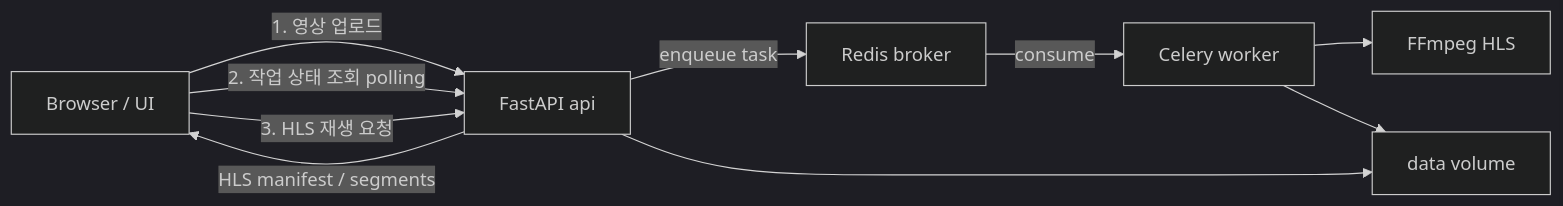
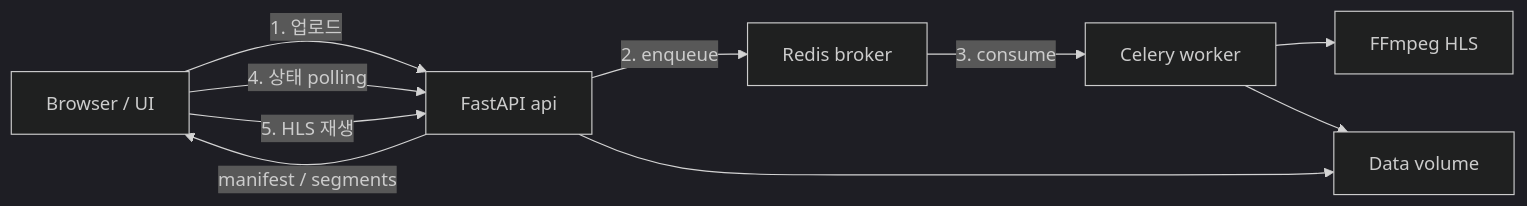
One commit to DSeung001/presentation-md changed the first of 2 diagrams in content/2026-07-20-pycon-fastapi-celery/index.md. Above: the diagram before and after it, drawn with Mermaid (dark theme). The commit also changed other lines of this file and 4 other files, not shown here.

````diff
--- a/content/2026-07-20-pycon-fastapi-celery/index.md
+++ b/content/2026-07-20-pycon-fastapi-celery/index.md
@@ -51,19 +76,19 @@
 ```mermaid
 flowchart LR
     Browser["Browser / UI"]
     FastAPI["FastAPI api"]
     Redis["Redis broker"]
     Celery["Celery worker"]
     FFmpeg["FFmpeg HLS"]
-    Data["data volume"]
+    Data["Data volume"]
 
-    Browser -->|"1. 영상 업로드"| FastAPI
-    Browser -->|"2. 작업 상태 조회 polling"| FastAPI
-    Browser -->|"3. HLS 재생 요청"| FastAPI
-    FastAPI -->|"enqueue task"| Redis
-    Redis -->|"consume"| Celery
+    Browser -->|"1. 업로드"| FastAPI
+    FastAPI -->|"2. enqueue"| Redis
+    Redis -->|"3. consume"| Celery
     Celery --> FFmpeg
     FastAPI --> Data
     Celery --> Data
-    FastAPI -->|"HLS manifest / segments"| Browser
+    Browser -->|"4. 상태 polling"| FastAPI
+    Browser -->|"5. HLS 재생"| FastAPI
+    FastAPI -->|"manifest / segments"| Browser
 ```
````
